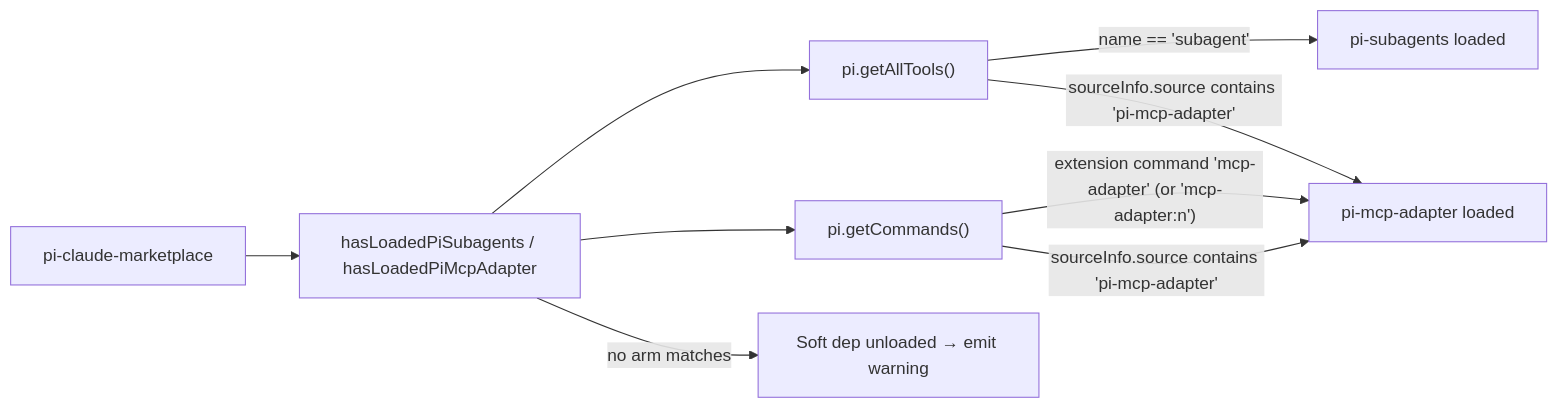
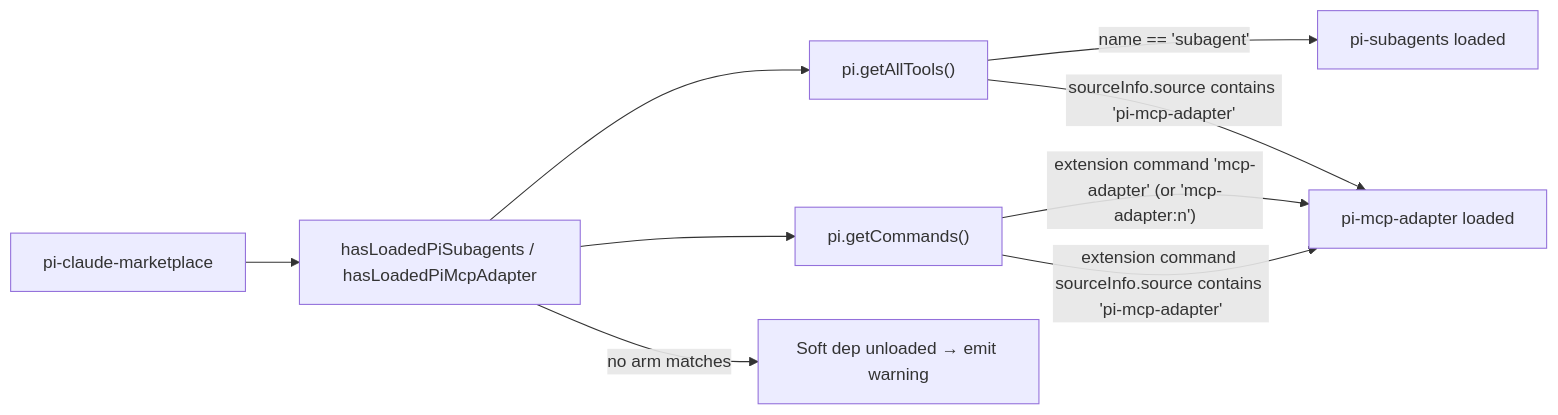
Before and after one commit to acolomba/pi-claude-marketplace: diagram 18 of 18 in docs/prd/pi-claude-marketplace-prd.md, drawn with Mermaid. The commit also changed other lines of this file and 2 other files, not shown here.

First line of the commit message:
fix(platform): count only extension commands as the MCP adapter

````diff
--- a/docs/prd/pi-claude-marketplace-prd.md
+++ b/docs/prd/pi-claude-marketplace-prd.md
@@ -1020,11 +1020,11 @@
 ```mermaid
 flowchart LR
   ext[pi-claude-marketplace] --> probe[hasLoadedPiSubagents / hasLoadedPiMcpAdapter]
   probe --> tools["pi.getAllTools()"]
   probe --> commands["pi.getCommands()"]
   tools -- "name == 'subagent'" --> sa[pi-subagents loaded]
   commands -- "extension command 'mcp-adapter' (or 'mcp-adapter:n')" --> mc[pi-mcp-adapter loaded]
-  commands -- "sourceInfo.source contains 'pi-mcp-adapter'" --> mc
+  commands -- "extension command sourceInfo.source contains 'pi-mcp-adapter'" --> mc
   tools -- "sourceInfo.source contains 'pi-mcp-adapter'" --> mc
   probe -- "no arm matches" --> none[Soft dep unloaded → emit warning]
 ```
````
